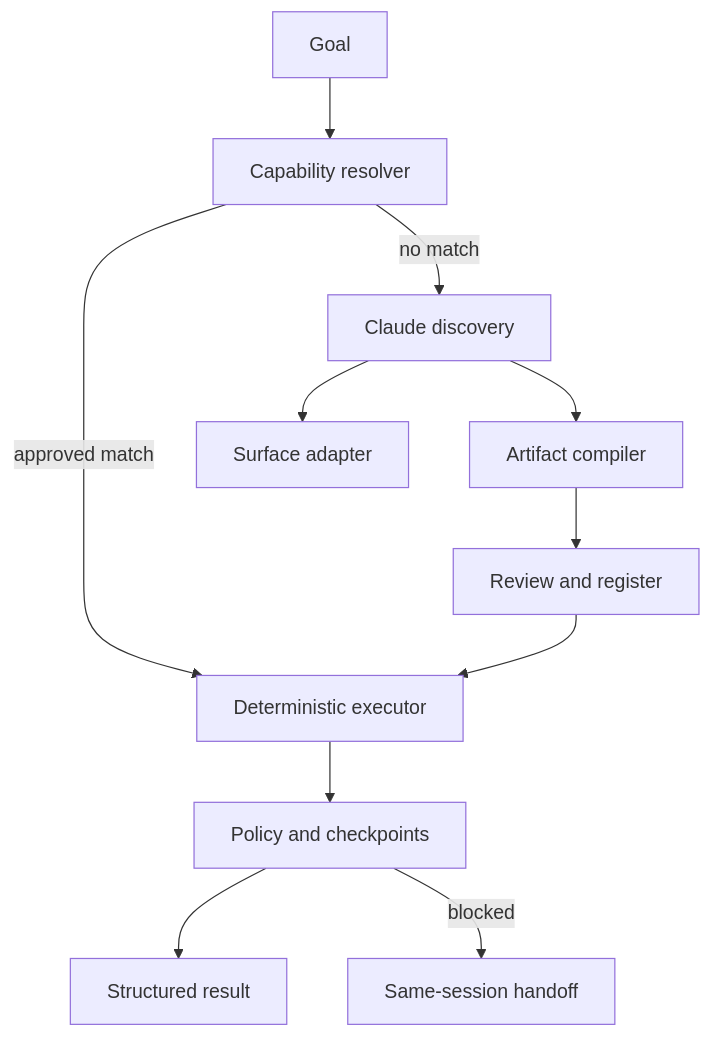
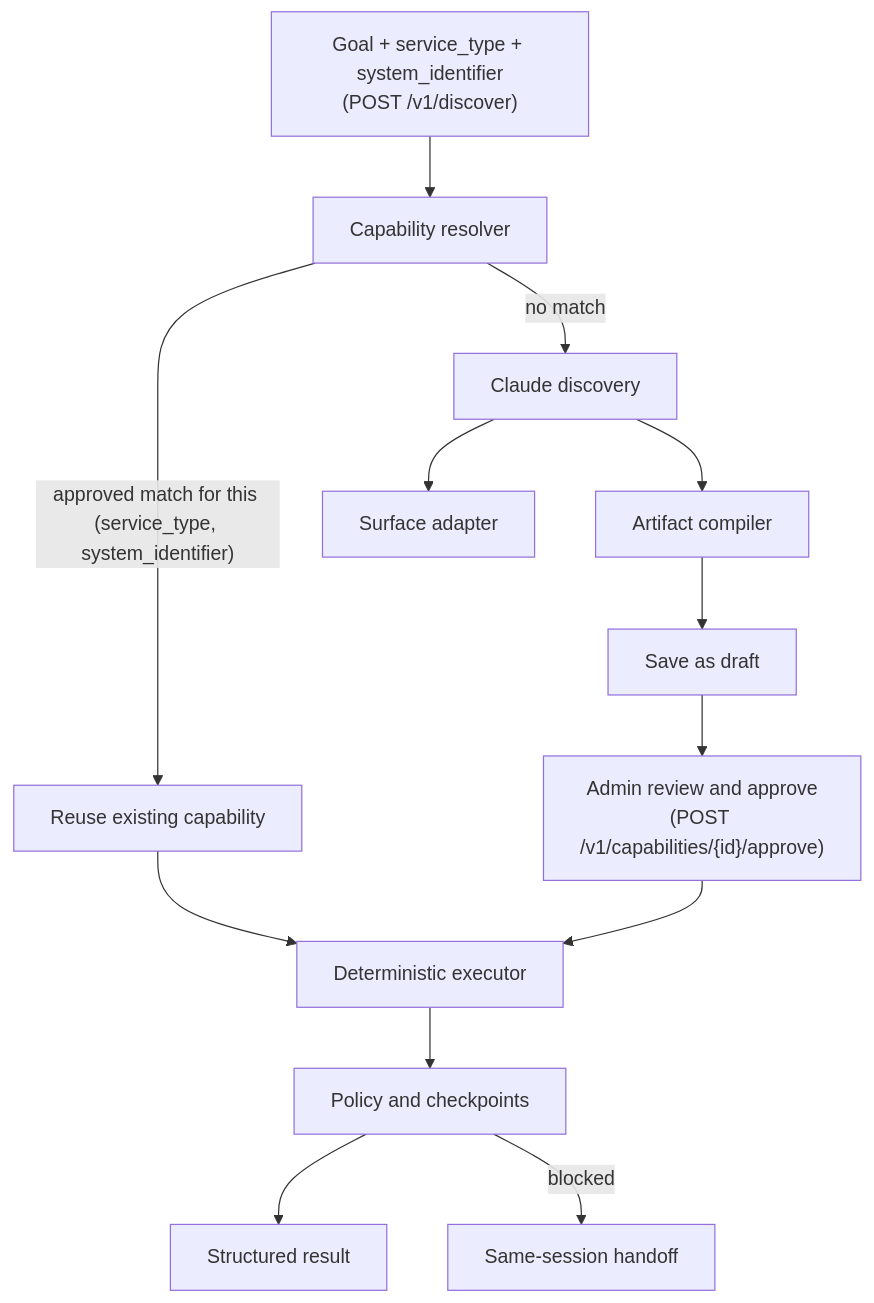
One commit to sathishKaruppannan/computer-use-capability-platform changed the diagram in README.md. Above: the diagram before and after it, drawn with Mermaid. The commit also changed other lines of this file, not shown here.

First line of the commit message:
Document the authenticated /v1 REST surface and update the architecture diagram

````diff
--- a/README.md
+++ b/README.md
@@ -14,13 +14,15 @@
 ```mermaid
 flowchart TD
-  G[Goal] --> R[Capability resolver]
-  R -->|approved match| E[Deterministic executor]
+  G["Goal + service_type + system_identifier<br/>(POST /v1/discover)"] --> R[Capability resolver]
+  R -->|"approved match for this (service_type, system_identifier)"| X[Reuse existing capability]
   R -->|no match| D[Claude discovery]
   D --> S[Surface adapter]
   D --> C[Artifact compiler]
-  C --> V[Review and register]
+  C --> N["Save as draft"]
+  N --> V["Admin review and approve<br/>(POST /v1/capabilities/{id}/approve)"]
+  X --> E[Deterministic executor]
   V --> E
   E --> P[Policy and checkpoints]
   P --> A[Structured result]
   P -->|blocked| H[Same-session handoff]
 ```
````
